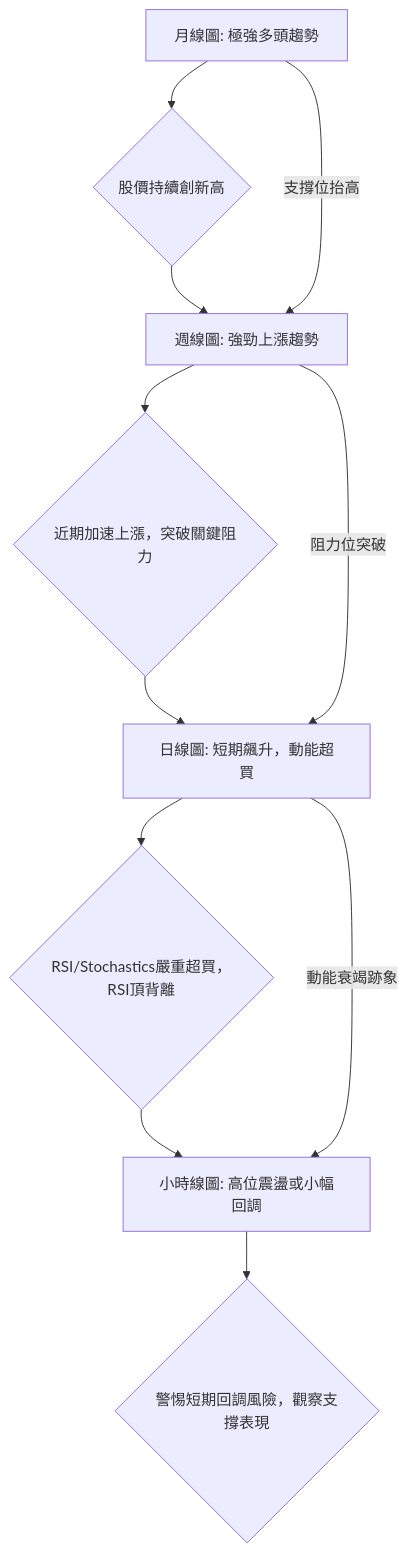
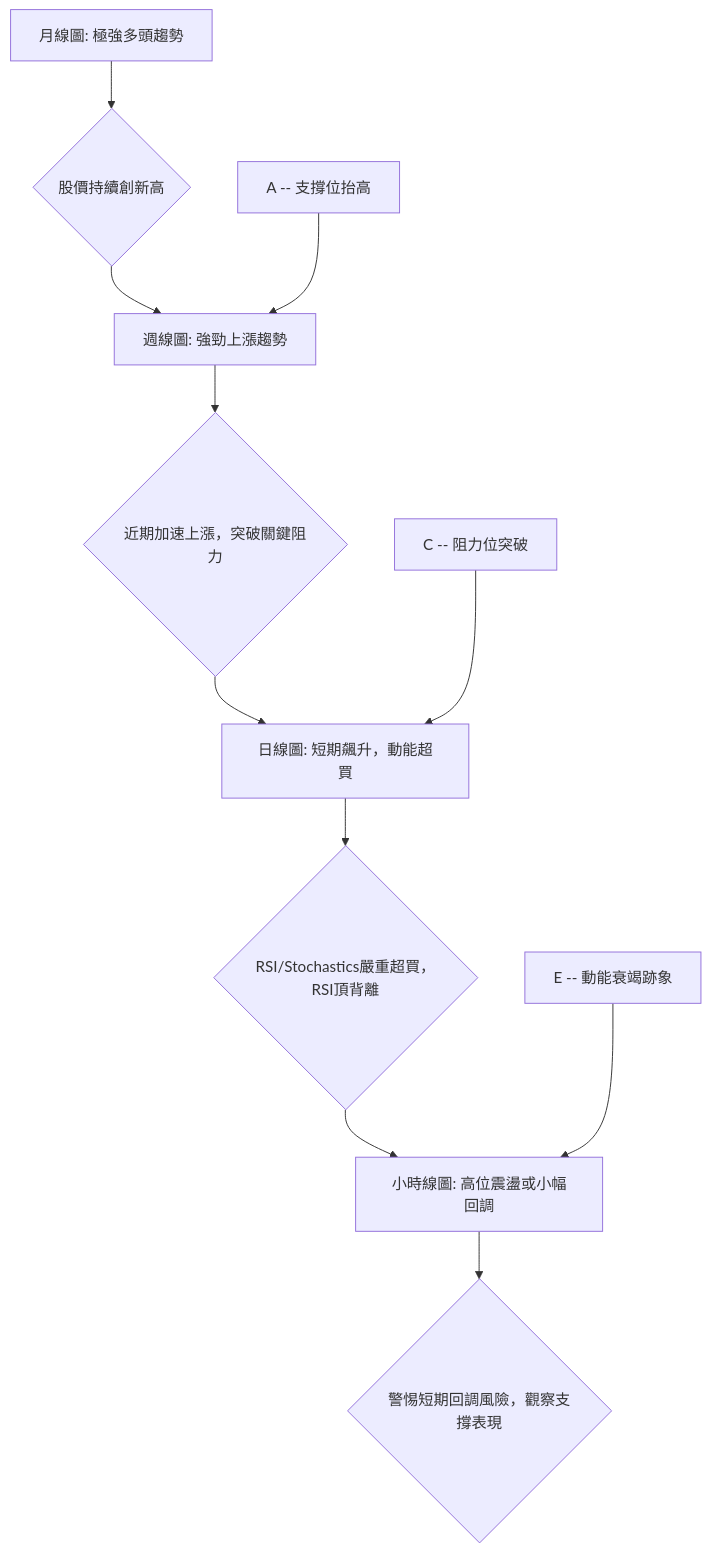
Before and after one commit to yennanliu/finance_data: the second of 8 diagrams in ai_gen_report/stock/amd/technical_analysis_2026-05-27_gemini.md, drawn with Mermaid. The commit also changed other lines of this file and 2258 other files, not shown here.

First line of the commit message:
chore: backfill Mermaid syntax repair across existing reports

````diff
--- a/ai_gen_report/stock/amd/technical_analysis_2026-05-27_gemini.md
+++ b/ai_gen_report/stock/amd/technical_analysis_2026-05-27_gemini.md
@@ -129,13 +129,13 @@
 ```mermaid
 graph TD
-    A[月線圖: 極強多頭趨勢] --> B{股價持續創新高}
-    B --> C[週線圖: 強勁上漲趨勢]
-    C --> D{近期加速上漲，突破關鍵阻力}
-    D --> E[日線圖: 短期飆升，動能超買]
-    E --> F{RSI/Stochastics嚴重超買，RSI頂背離}
-    F --> G[小時線圖: 高位震盪或小幅回調]
-    G --> H{警惕短期回調風險，觀察支撐表現}
-    A -- 支撐位抬高 --> C
-    C -- 阻力位突破 --> E
-    E -- 動能衰竭跡象 --> G
+    A["月線圖: 極強多頭趨勢"] --> B{"股價持續創新高"}
+    B --> C["週線圖: 強勁上漲趨勢"]
+    C --> D{"近期加速上漲，突破關鍵阻力"}
+    D --> E["日線圖: 短期飆升，動能超買"]
+    E --> F{"RSI/Stochastics嚴重超買，RSI頂背離"}
+    F --> G["小時線圖: 高位震盪或小幅回調"]
+    G --> H{"警惕短期回調風險，觀察支撐表現"}
+    nb1["A -- 支撐位抬高"] --> C
+    nb2["C -- 阻力位突破"] --> E
+    nb3["E -- 動能衰竭跡象"] --> G
 ```
````
